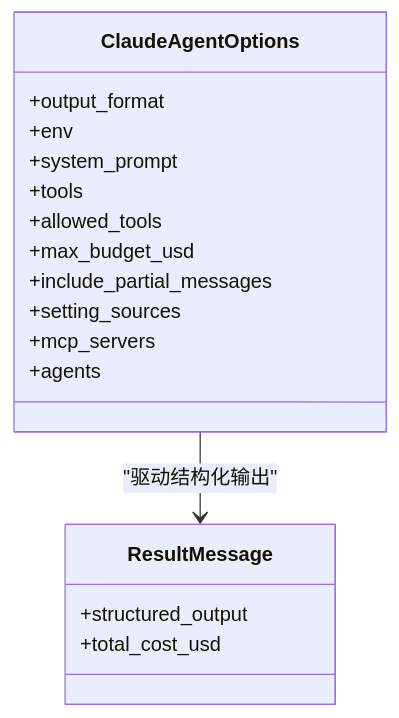
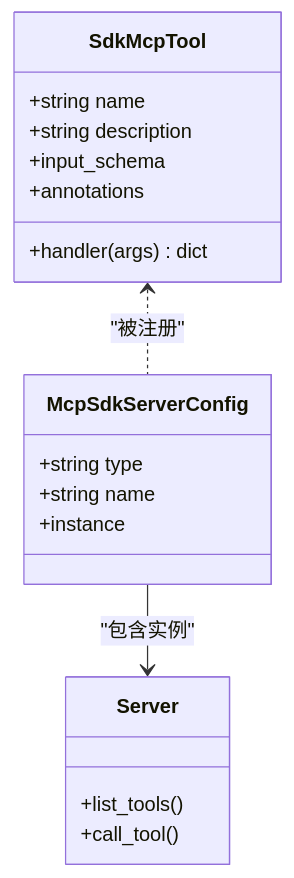
The third of 6 diagrams in .qoder/repowiki/zh/content/高级功能/高级功能.md (defulat-coder/claude-agent-sdk-python), drawn with Mermaid before and after one commit. The commit also changed other lines of this file and 85 other files, not shown here.

````diff
--- a/.qoder/repowiki/zh/content/高级功能/高级功能.md
+++ b/.qoder/repowiki/zh/content/高级功能/高级功能.md
@@ -195,20 +125,21 @@
 ```mermaid
 classDiagram
-class ClaudeAgentOptions {
-+output_format
-+env
-+system_prompt
-+tools
-+allowed_tools
-+max_budget_usd
-+include_partial_messages
-+setting_sources
-+mcp_servers
-+agents
+class SdkMcpTool {
++string name
++string description
++input_schema
++handler(args) dict
++annotations
 }
-class ResultMessage {
-+structured_output
-+total_cost_usd
+class McpSdkServerConfig {
++string type
++string name
++instance
 }
-ClaudeAgentOptions --> ResultMessage : "驱动结构化输出"
+class Server {
++list_tools()
++call_tool()
+}
+SdkMcpTool <.. McpSdkServerConfig : "被注册"
+McpSdkServerConfig --> Server : "包含实例"
 ```
````
